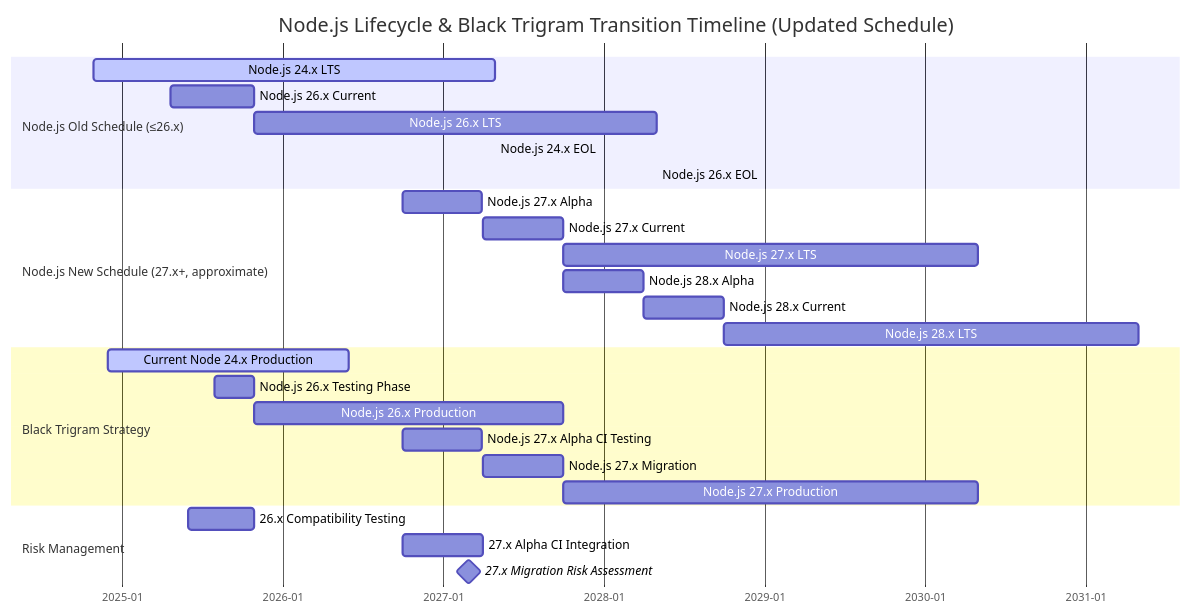
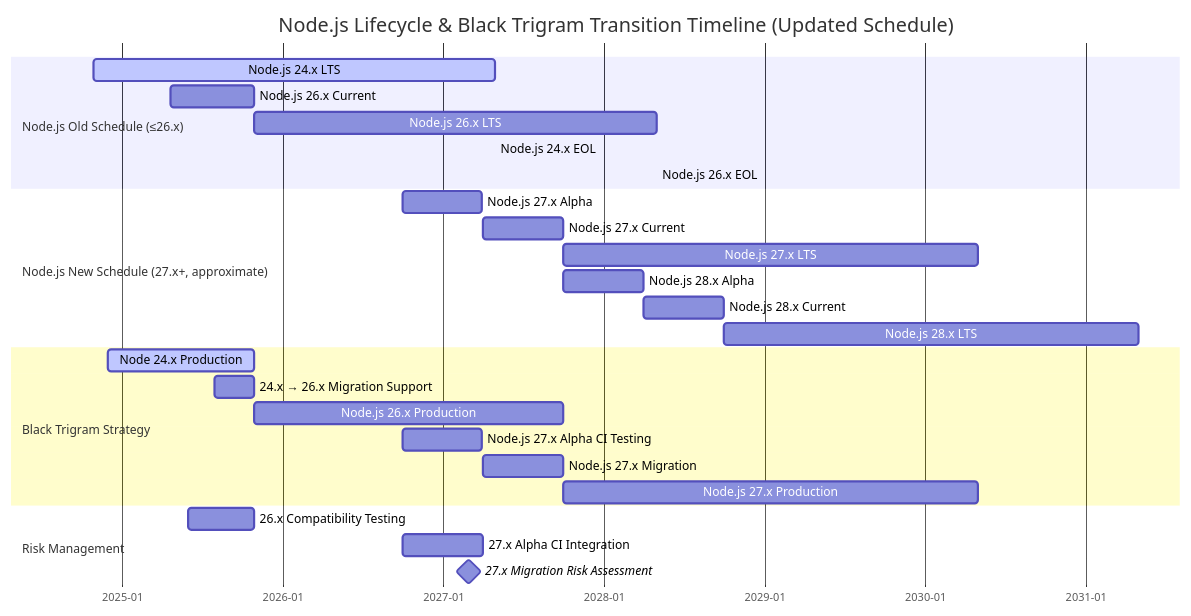
One commit to Hack23/blacktrigram changed the second of 8 diagrams in End-of-Life-Strategy.md. Above: the diagram before and after it, drawn with Mermaid. The commit also changed other lines of this file and 1 other file, not shown here.

Commit message:
Address second round of PR review comments
- End-of-Life-Strategy.md: Align Technology EOL Dashboard Gantt Node 27/28 LTS end dates to -04-30 convention
- End-of-Life-Strategy.md: Fix Node.js 24.x release model to reflect old semiannual model, not future 27.x+ model
- End-of-Life-Strategy.md: Remove overlapping production periods; clarify 24.x→26.x migration timeline
- FinancialSecurityPlan.md: Fix misleading "100% free-tier" cost ratio metric
- FinancialSecurityPlan.md: Reconcile CloudWatch free tier note with paid TCO assumption

````diff
--- a/End-of-Life-Strategy.md
+++ b/End-of-Life-Strategy.md
@@ -174,34 +174,34 @@
 ```mermaid
 gantt
     title Node.js Lifecycle & Black Trigram Transition Timeline (Updated Schedule)
     dateFormat YYYY-MM-DD
     axisFormat %Y-%m
 
     section Node.js Old Schedule (≤26.x)
     Node.js 24.x LTS        :active, node24lts, 2024-10-29, 2027-04-30
     Node.js 26.x Current     :node26c, 2025-04-22, 2025-10-28
     Node.js 26.x LTS         :node26lts, 2025-10-28, 2028-04-30
     Node.js 24.x EOL         :crit, node24eol, 2027-04-30, 0d
     Node.js 26.x EOL         :crit, node26eol, 2028-04-30, 0d
 
     section Node.js New Schedule (27.x+, approximate)
     Node.js 27.x Alpha       :node27a, 2026-10-01, 2027-03-31
     Node.js 27.x Current     :node27c, 2027-04-01, 2027-09-30
     Node.js 27.x LTS         :node27lts, 2027-10-01, 2030-04-30
     Node.js 28.x Alpha       :node28a, 2027-10-01, 2028-03-31
     Node.js 28.x Current     :node28c, 2028-04-01, 2028-09-30
     Node.js 28.x LTS         :node28lts, 2028-10-01, 2031-04-30
 
     section Black Trigram Strategy
-    Current Node 24.x Production :active, bt24prod, 2024-12-01, 2026-06-01
-    Node.js 26.x Testing Phase   :bt26test, 2025-08-01, 2025-10-28
-    Node.js 26.x Production      :bt26prod, 2025-10-28, 2027-09-30
+    Node 24.x Production          :active, bt24prod, 2024-12-01, 2025-10-28
+    24.x → 26.x Migration Support :bt24mig, 2025-08-01, 2025-10-28
+    Node.js 26.x Production       :bt26prod, 2025-10-28, 2027-09-30
     Node.js 27.x Alpha CI Testing :bt27alpha, 2026-10-01, 2027-03-31
     Node.js 27.x Migration        :bt27mig, 2027-04-01, 2027-09-30
     Node.js 27.x Production       :bt27prod, 2027-10-01, 2030-04-30
 
     section Risk Management
     26.x Compatibility Testing    :compat26, 2025-06-01, 2025-10-28
     27.x Alpha CI Integration     :alphaci, 2026-10-01, 2027-04-01
     27.x Migration Risk Assessment :milestone, riskassess27, 2027-03-01, 0d
 ```
````
